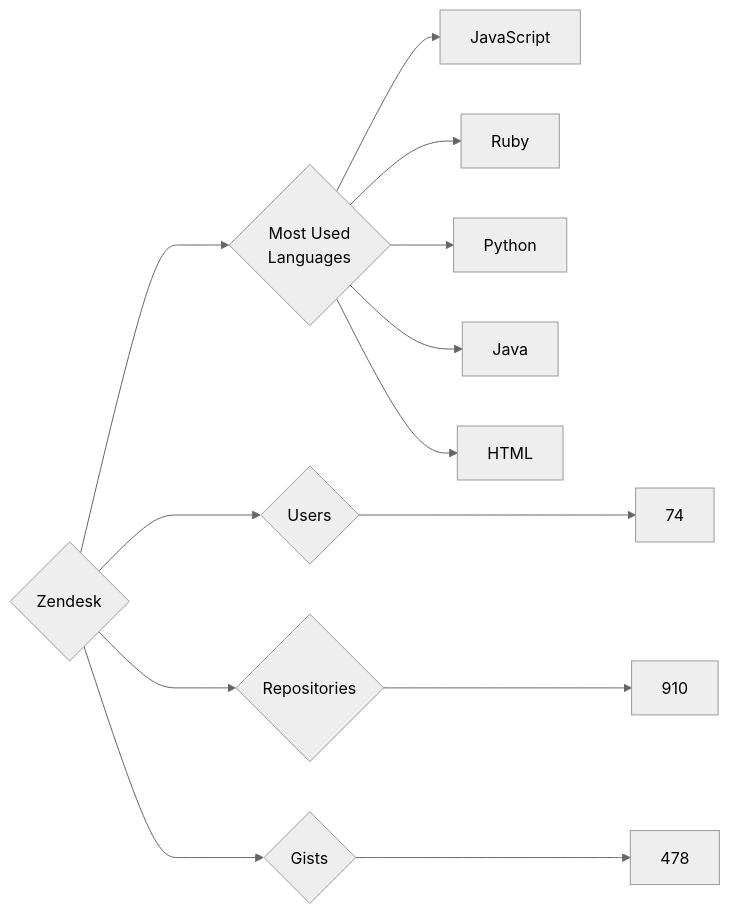
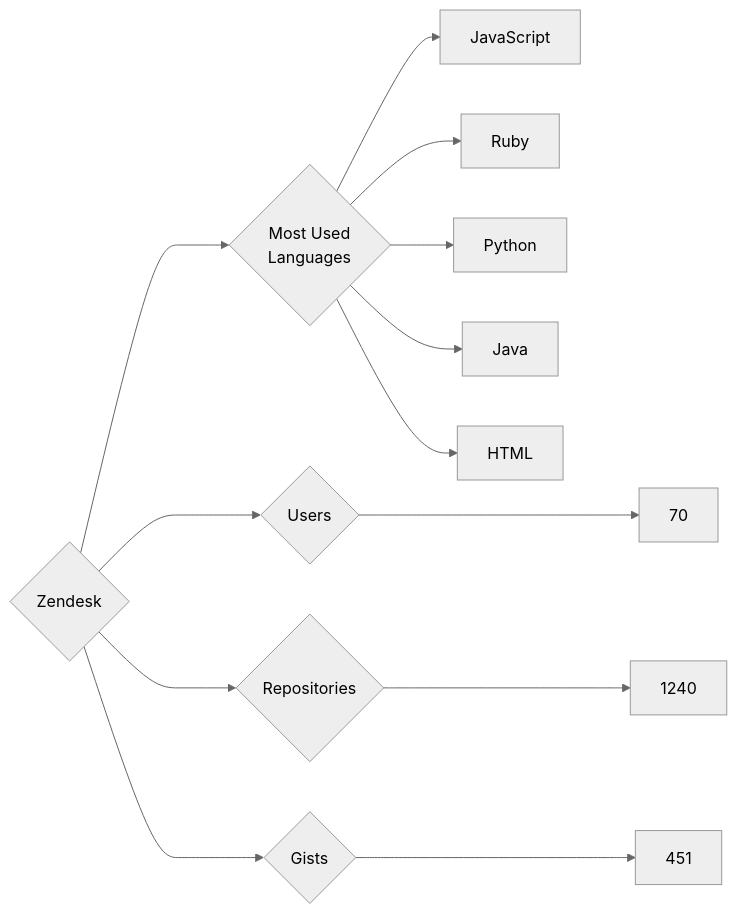
One commit to trickest/insiders changed the diagram in targets/Zendesk/README.md. Above: the diagram before and after it, drawn with Mermaid (neutral theme). The commit also changed 940 other files, not shown here.

````diff
--- a/targets/Zendesk/README.md
+++ b/targets/Zendesk/README.md
@@ -3,13 +3,13 @@
 ```mermaid
 graph LR
 COMPANY_NAME{Zendesk}
-COMPANY_NAME ---> U{Users} ---> UN[74]
-COMPANY_NAME ---> R{Repositories} ---> RN[910]
-COMPANY_NAME ---> G{Gists} ---> GN[478]
+COMPANY_NAME ---> U{Users} ---> UN[70]
+COMPANY_NAME ---> R{Repositories} ---> RN[1240]
+COMPANY_NAME ---> G{Gists} ---> GN[451]
 COMPANY_NAME ---> ML{Most Used<br>Languages}
 ML --> JavaScript[JavaScript]
 ML --> Ruby[Ruby]
 ML --> Python[Python]
 ML --> Java[Java]
 ML --> HTML[HTML]
 ```
````
